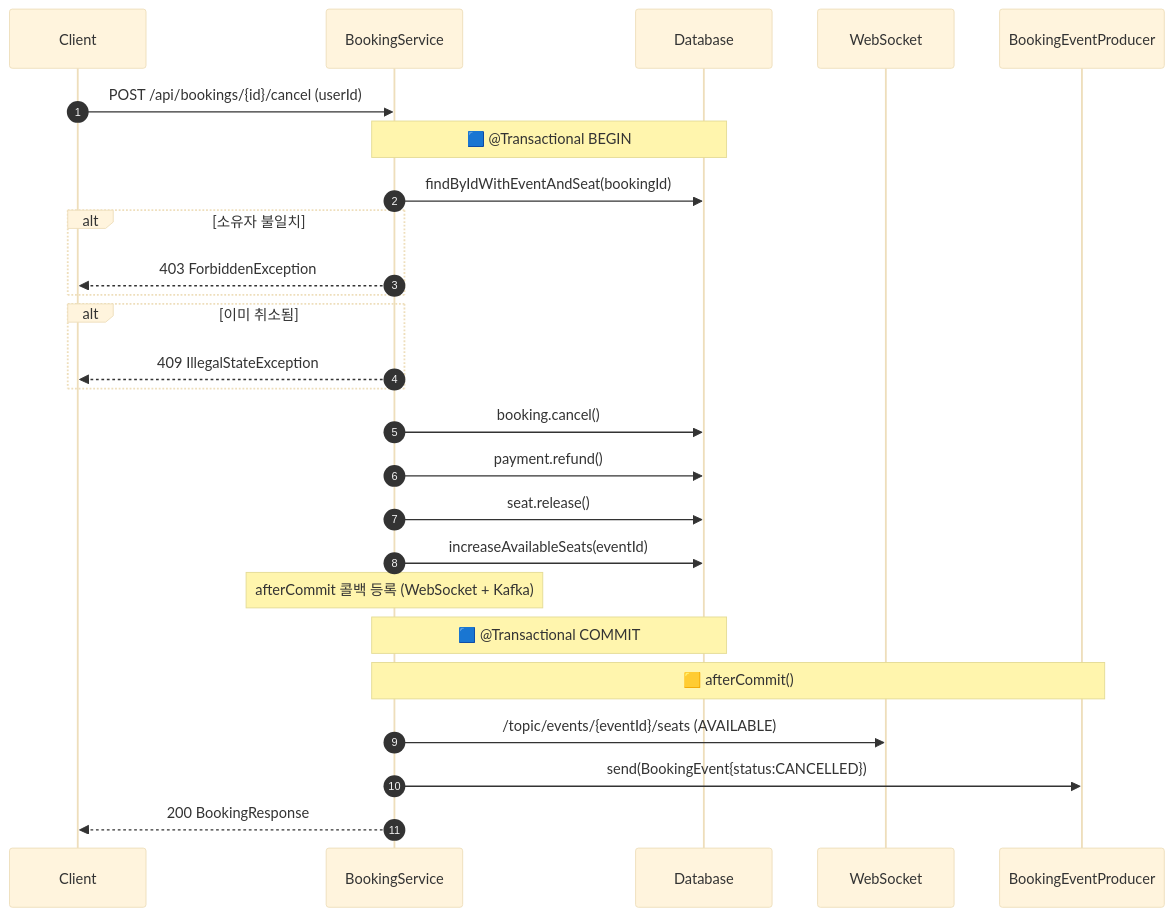
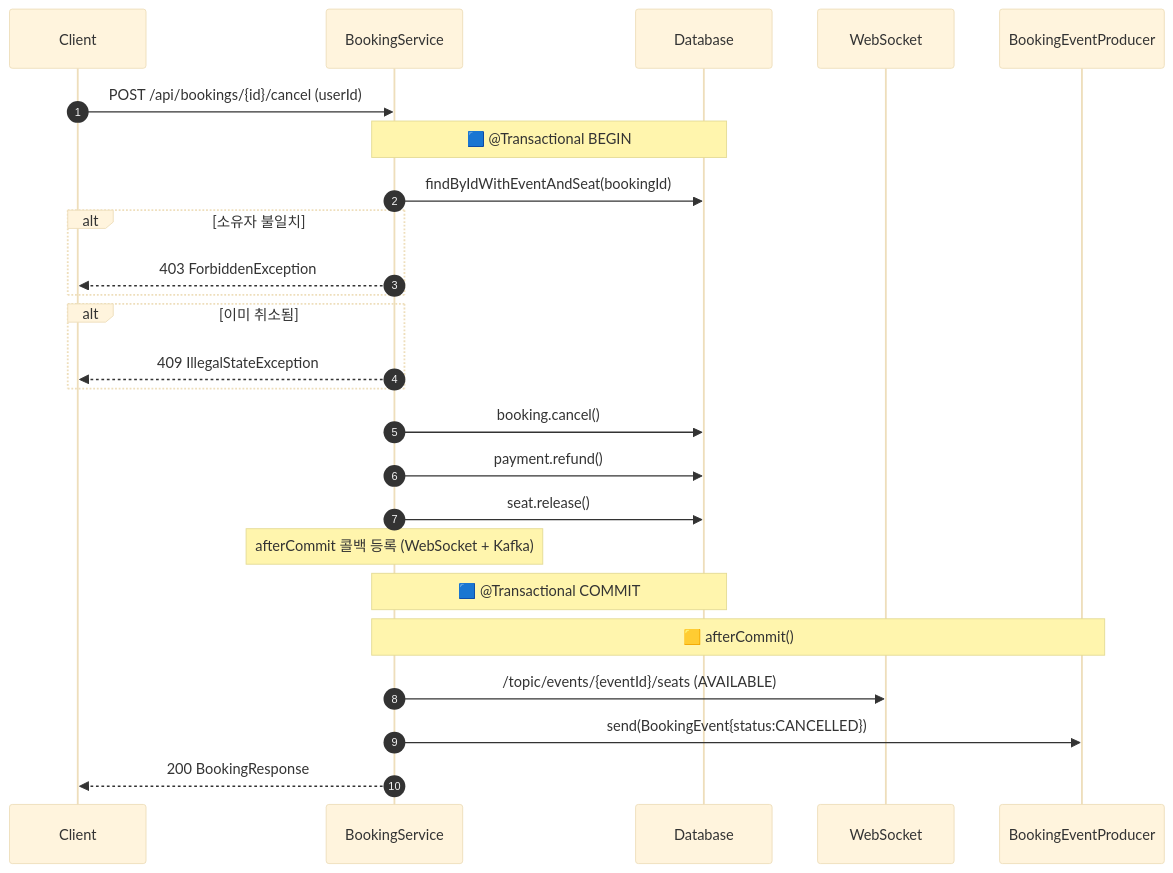
One commit to mercedes6115/ticketing-vibe changed the fifth of 7 diagrams in docs/transaction-flows.md. Above: the diagram before and after it, drawn with Mermaid (base theme). The commit also changed other lines of this file and 6 other files, not shown here.

````diff
--- a/docs/transaction-flows.md
+++ b/docs/transaction-flows.md
@@ -206,35 +204,34 @@
 ```mermaid
 sequenceDiagram
     autonumber
     participant C  as Client
     participant BS as BookingService
     participant DB as Database
     participant WS as WebSocket
     participant EP as BookingEventProducer
 
     C->>BS: POST /api/bookings/{id}/cancel (userId)
 
     Note over BS,DB: 🟦 @Transactional BEGIN
 
     BS->>DB: findByIdWithEventAndSeat(bookingId)
     alt 소유자 불일치
         BS-->>C: 403 ForbiddenException
     end
     alt 이미 취소됨
         BS-->>C: 409 IllegalStateException
     end
 
     BS->>DB: booking.cancel()
     BS->>DB: payment.refund()
     BS->>DB: seat.release()
-    BS->>DB: increaseAvailableSeats(eventId)
     Note over BS: afterCommit 콜백 등록 (WebSocket + Kafka)
 
     Note over BS,DB: 🟦 @Transactional COMMIT
 
     Note over BS,EP: 🟨 afterCommit()
     BS->>WS: /topic/events/{eventId}/seats (AVAILABLE)
     BS->>EP: send(BookingEvent{status:CANCELLED})
 
     BS-->>C: 200 BookingResponse
 ```
````
